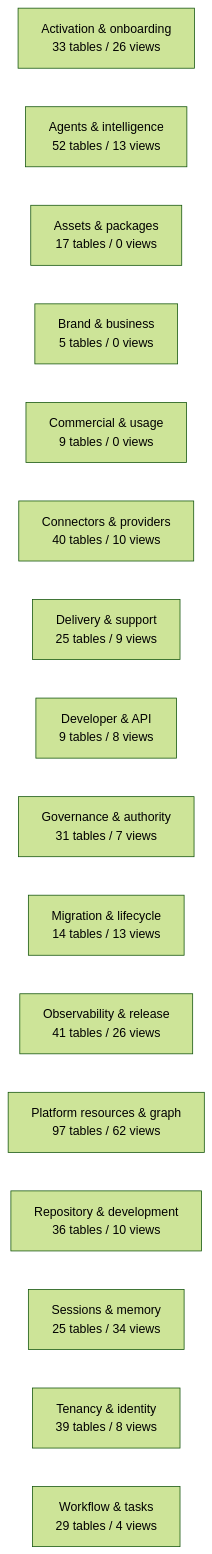
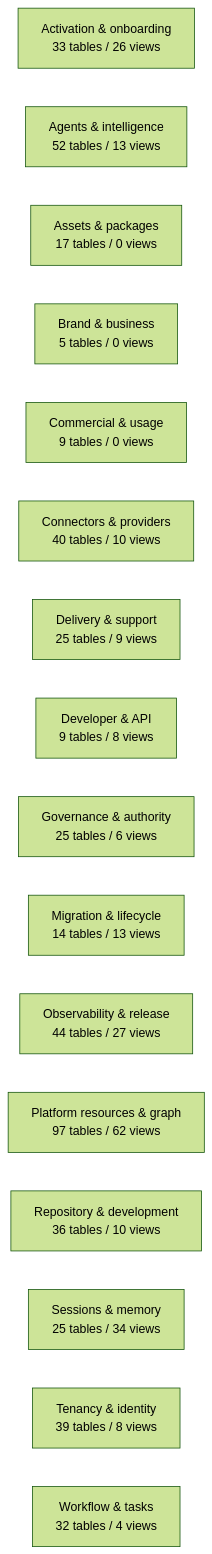
The diagram in docs/work-maps/data-model-domain-map.md (mad4bdigital-ai/multi-business-multi-role-growth-intelligence-os), drawn with Mermaid (forest theme) before and after one commit. The commit also changed other lines of this file and 7 other files, not shown here.

````diff
--- a/docs/work-maps/data-model-domain-map.md
+++ b/docs/work-maps/data-model-domain-map.md
@@ -9,19 +9,19 @@
 ```mermaid
 flowchart LR
   n_Activation___onboarding["Activation & onboarding<br/>33 tables / 26 views"]
   n_Agents___intelligence["Agents & intelligence<br/>52 tables / 13 views"]
   n_Assets___packages["Assets & packages<br/>17 tables / 0 views"]
   n_Brand___business["Brand & business<br/>5 tables / 0 views"]
   n_Commercial___usage["Commercial & usage<br/>9 tables / 0 views"]
   n_Connectors___providers["Connectors & providers<br/>40 tables / 10 views"]
   n_Delivery___support["Delivery & support<br/>25 tables / 9 views"]
   n_Developer___API["Developer & API<br/>9 tables / 8 views"]
-  n_Governance___authority["Governance & authority<br/>31 tables / 7 views"]
+  n_Governance___authority["Governance & authority<br/>25 tables / 6 views"]
   n_Migration___lifecycle["Migration & lifecycle<br/>14 tables / 13 views"]
-  n_Observability___release["Observability & release<br/>41 tables / 26 views"]
+  n_Observability___release["Observability & release<br/>44 tables / 27 views"]
   n_Platform_resources___graph["Platform resources & graph<br/>97 tables / 62 views"]
   n_Repository___development["Repository & development<br/>36 tables / 10 views"]
   n_Sessions___memory["Sessions & memory<br/>25 tables / 34 views"]
   n_Tenancy___identity["Tenancy & identity<br/>39 tables / 8 views"]
-  n_Workflow___tasks["Workflow & tasks<br/>29 tables / 4 views"]
+  n_Workflow___tasks["Workflow & tasks<br/>32 tables / 4 views"]
 ```
````
